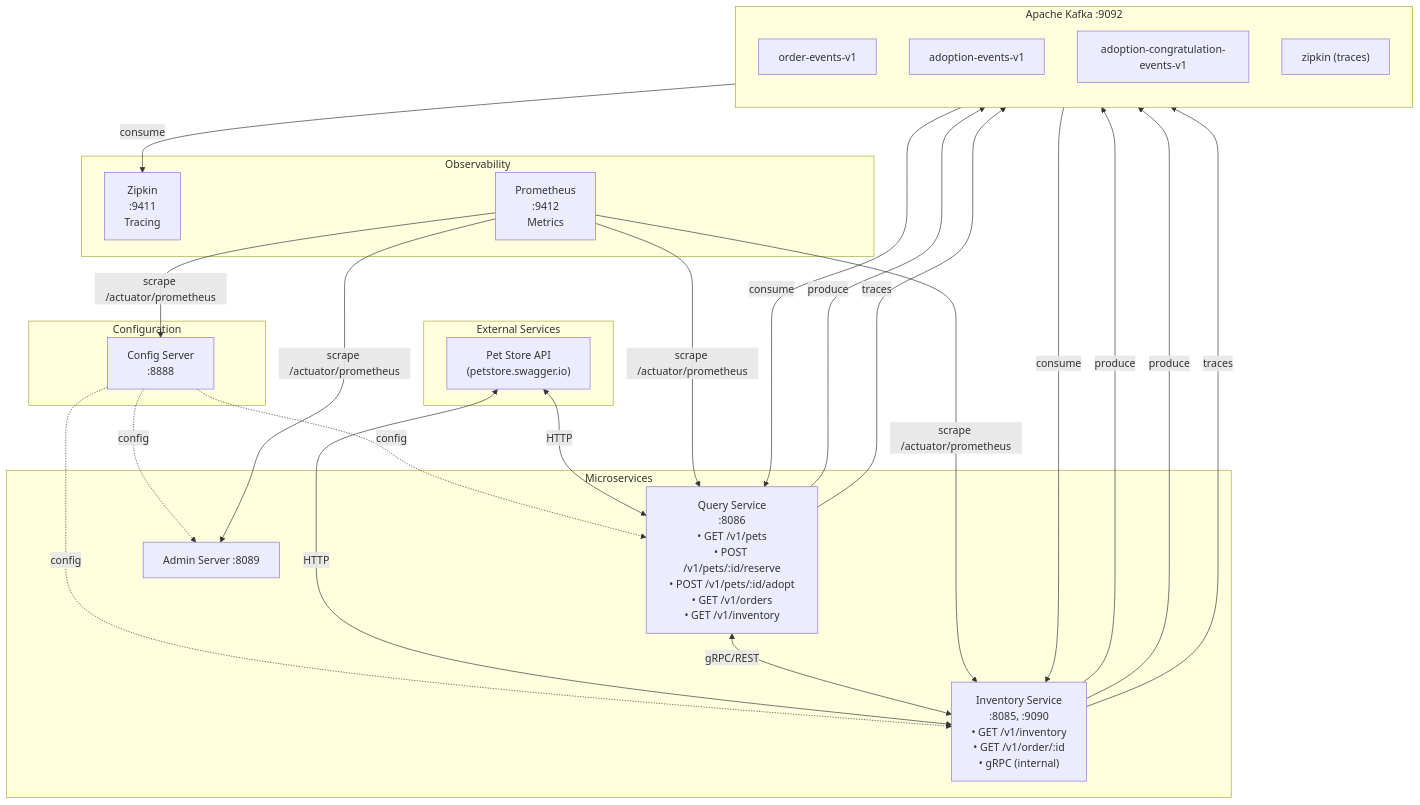
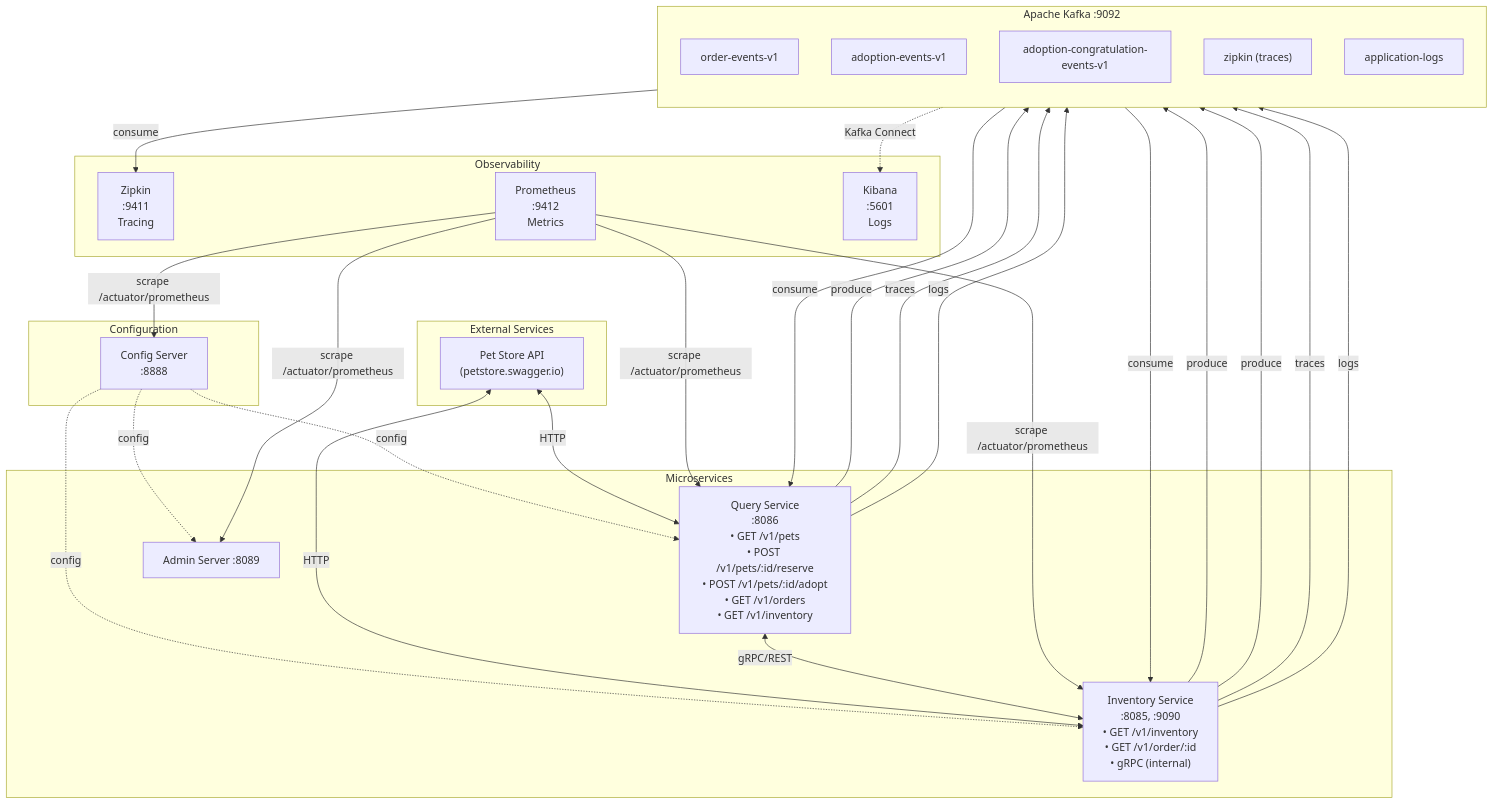
Before and after one commit to hdmsantander/microservices-ops-demo: the diagram in README.md, drawn with Mermaid. The commit also changed other lines of this file and 15 other files, not shown here.

````diff
--- a/README.md
+++ b/README.md
@@ -59,52 +60,57 @@
 ```mermaid
 flowchart TB
     subgraph External["External Services"]
         PetStore["Pet Store API<br/>(petstore.swagger.io)"]
     end
 
     subgraph Config["Configuration"]
         ConfigServer["Config Server<br/>:8888"]
     end
 
     subgraph Microservices["Microservices"]
         Query["Query Service<br/>:8086<br/>• GET /v1/pets<br/>• POST /v1/pets/:id/reserve<br/>• POST /v1/pets/:id/adopt<br/>• GET /v1/orders<br/>• GET /v1/inventory"]
         Inventory["Inventory Service<br/>:8085, :9090<br/>• GET /v1/inventory<br/>• GET /v1/order/:id<br/>• gRPC (internal)"]
         Admin["Admin Server :8089"]
     end
 
     ConfigServer -.->|config| Query
     ConfigServer -.->|config| Inventory
     ConfigServer -.->|config| Admin
 
     subgraph Kafka["Apache Kafka :9092"]
         direction TB
         OE["order-events-v1"]
         AE["adoption-events-v1"]
         ACE["adoption-congratulation-events-v1"]
         ZipkinTopic["zipkin (traces)"]
+        AppLogs["application-logs"]
     end
 
     subgraph Observability["Observability"]
         Zipkin["Zipkin<br/>:9411<br/>Tracing"]
         Prometheus["Prometheus<br/>:9412<br/>Metrics"]
+        Kibana["Kibana<br/>:5601<br/>Logs"]
     end
 
     PetStore <-->|HTTP| Query
     PetStore <-->|HTTP| Inventory
     Query <-->|gRPC/REST| Inventory
 
     Inventory -->|produce| OE
     OE -->|consume| Query
     Query -->|produce| AE
     AE -->|consume| Inventory
     Inventory -->|produce| ACE
 
     Query -->|traces| ZipkinTopic
     Inventory -->|traces| ZipkinTopic
     ZipkinTopic -->|consume| Zipkin
+    Query -->|logs| AppLogs
+    Inventory -->|logs| AppLogs
+    AppLogs -.->|Kafka Connect| Kibana
 
     Prometheus -->|scrape /actuator/prometheus| Query
     Prometheus -->|scrape /actuator/prometheus| Inventory
     Prometheus -->|scrape /actuator/prometheus| ConfigServer
     Prometheus -->|scrape /actuator/prometheus| Admin
 ```
````
